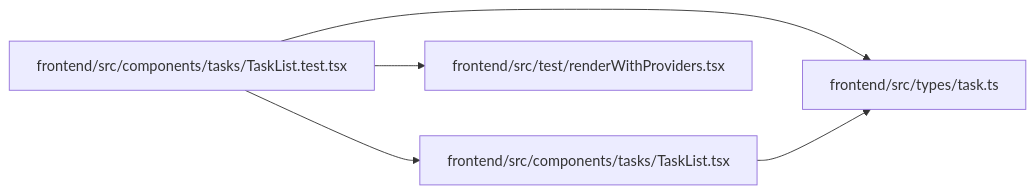
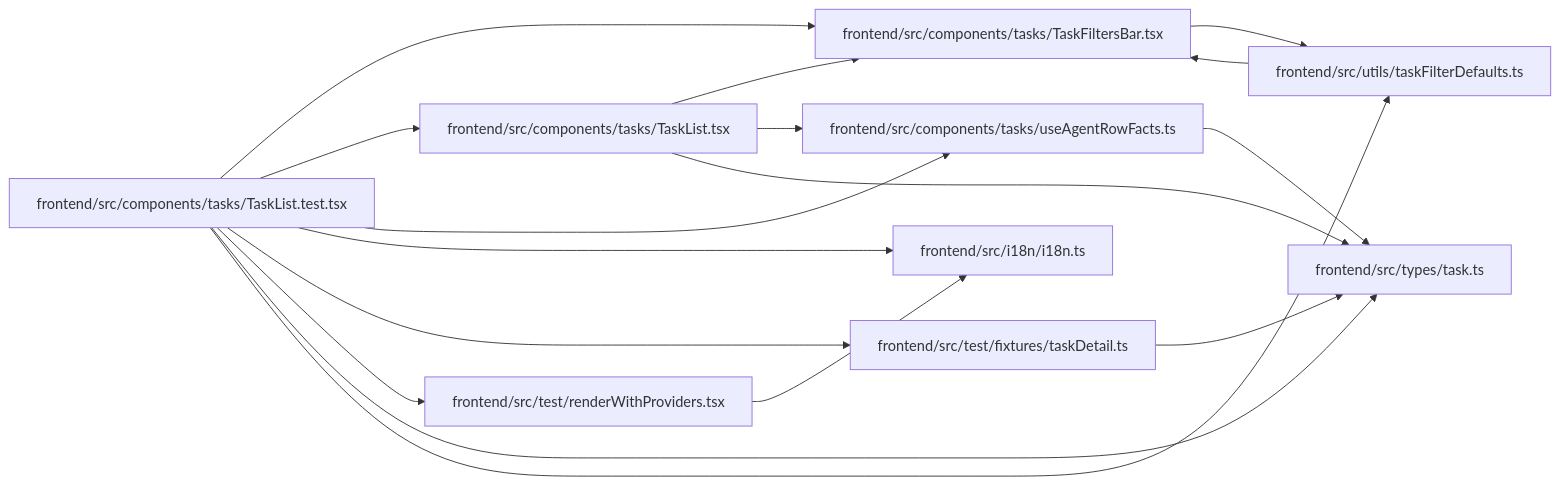
One commit to Denissvgn/WorkChord changed the diagram in docs/llm_wiki/modules/TaskList.test.md. Above: the diagram before and after it, drawn with Mermaid. The commit also changed other lines of this file and 2373 other files, not shown here.

````diff
--- a/docs/llm_wiki/modules/TaskList.test.md
+++ b/docs/llm_wiki/modules/TaskList.test.md
@@ -31,15 +36,37 @@
 ```mermaid
 flowchart LR
-    n0["frontend/src/components/tasks/TaskList.test.tsx"]
-    n1["frontend/src/components/tasks/TaskList.tsx"]
-    n2["frontend/src/test/renderWithProviders.tsx"]
-    n3["frontend/src/types/task.ts"]
-    n0 --> n1
-    n0 --> n2
-    n0 --> n3
+    n0["frontend/src/components/tasks/TaskFiltersBar.tsx"]
+    n1["frontend/src/components/tasks/TaskList.test.tsx"]
+    n2["frontend/src/components/tasks/TaskList.tsx"]
+    n3["frontend/src/components/tasks/useAgentRowFacts.ts"]
+    n4["frontend/src/i18n/i18n.ts"]
+    n5["frontend/src/test/fixtures/taskDetail.ts"]
+    n6["frontend/src/test/renderWithProviders.tsx"]
+    n7["frontend/src/types/task.ts"]
+    n8["frontend/src/utils/taskFilterDefaults.ts"]
+    n0 --> n8
+    n1 --> n0
+    n1 --> n2
     n1 --> n3
-    click n0 "../modules/TaskList.test.md"
-    click n1 "../modules/TaskList.md"
-    click n2 "../modules/renderWithProviders.md"
-    click n3 "../modules/types_task.md"
+    n1 --> n4
+    n1 --> n5
+    n1 --> n6
+    n1 --> n7
+    n1 --> n8
+    n2 --> n0
+    n2 --> n3
+    n2 --> n7
+    n3 --> n7
+    n5 --> n7
+    n6 --> n4
+    n8 --> n0
+    click n0 "../modules/TaskFiltersBar.md"
+    click n1 "../modules/TaskList.test.md"
+    click n2 "../modules/TaskList.md"
+    click n3 "../modules/useAgentRowFacts.md"
+    click n4 "../modules/i18n.md"
+    click n5 "../modules/taskDetail.md"
+    click n6 "../modules/renderWithProviders.md"
+    click n7 "../modules/types_task.md"
+    click n8 "../modules/taskFilterDefaults.md"
 ```
````
